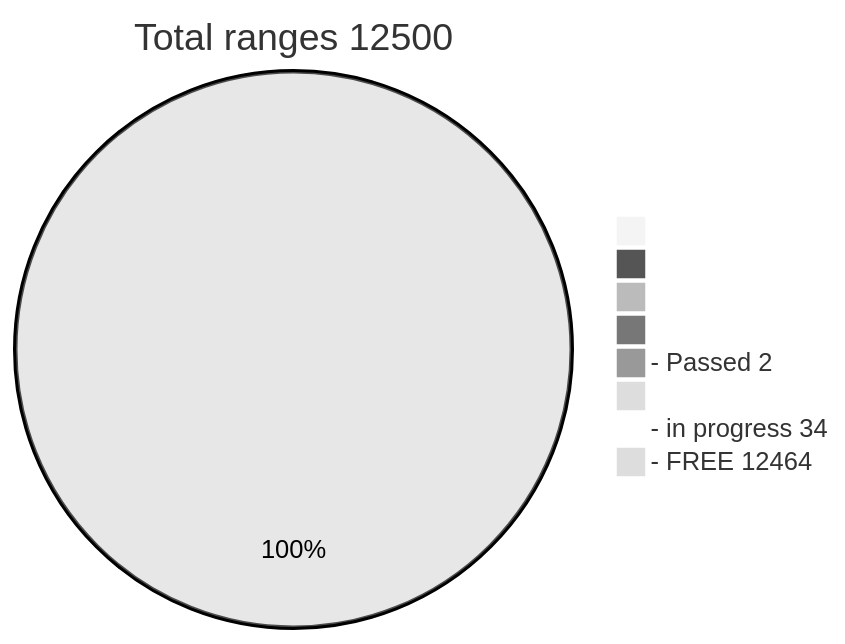
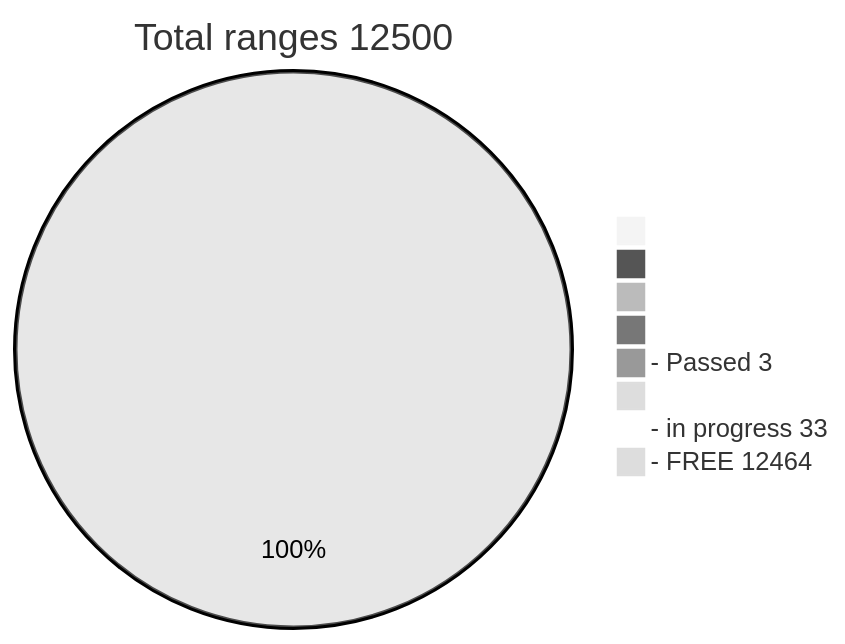
The diagram in README.md (phrutis/Passphrases), drawn with Mermaid (neutral theme) before and after one commit.

````diff
--- a/README.md
+++ b/README.md
@@ -3,12 +3,12 @@
 ```mermaid
 pie title Total ranges 12500
              " " : 0
             "  " : 0
            "   " : 0
           "    " : 0
-  "- Passed 2" : 2
+  "- Passed 3" : 3
          "     " : 0
-  "- in progress 34" : 34
-   "- FREE 12464" : 12465
+  "- in progress 33" : 33
+   "- FREE 12464" : 12464
    
 ```
````
